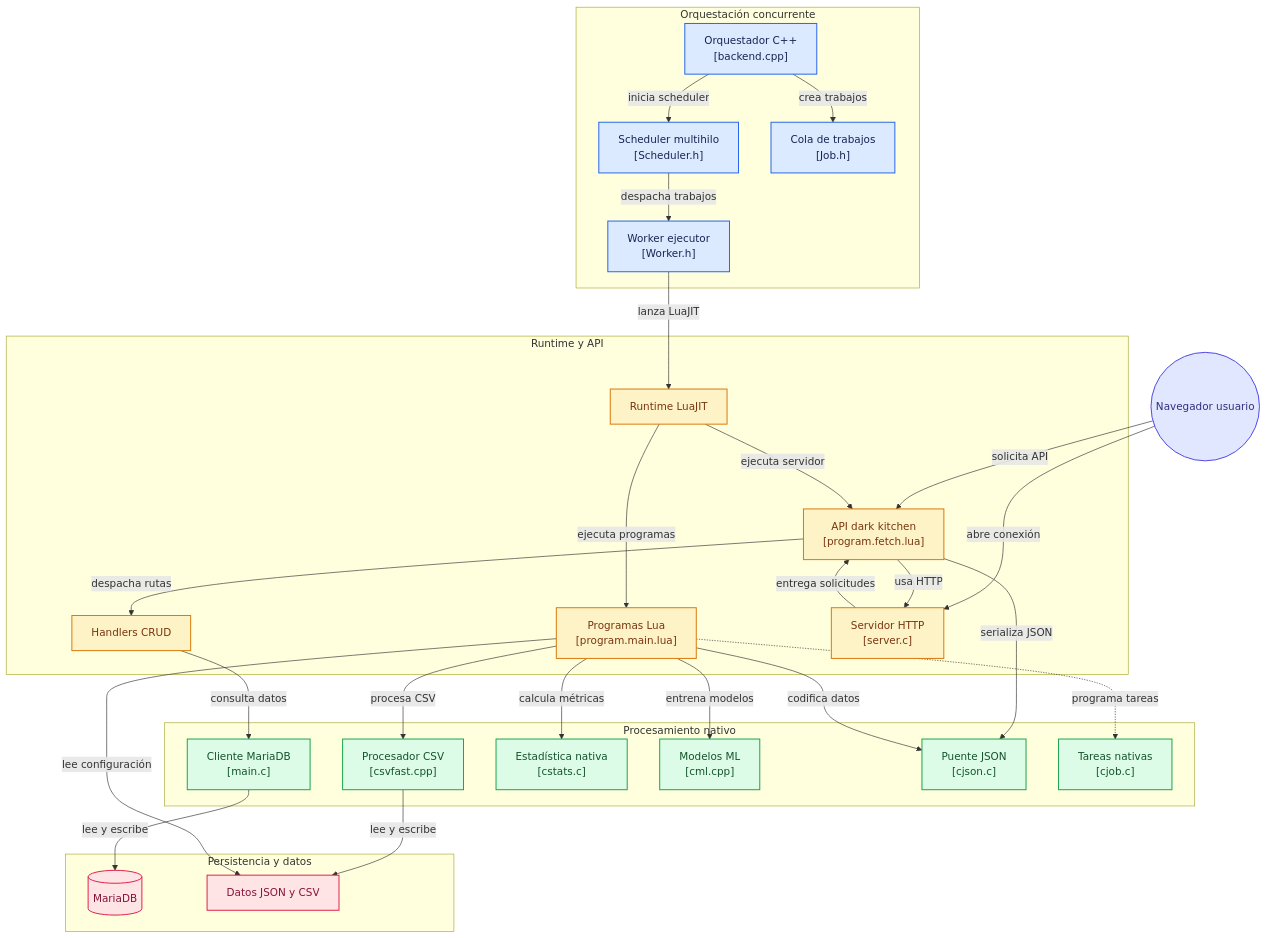
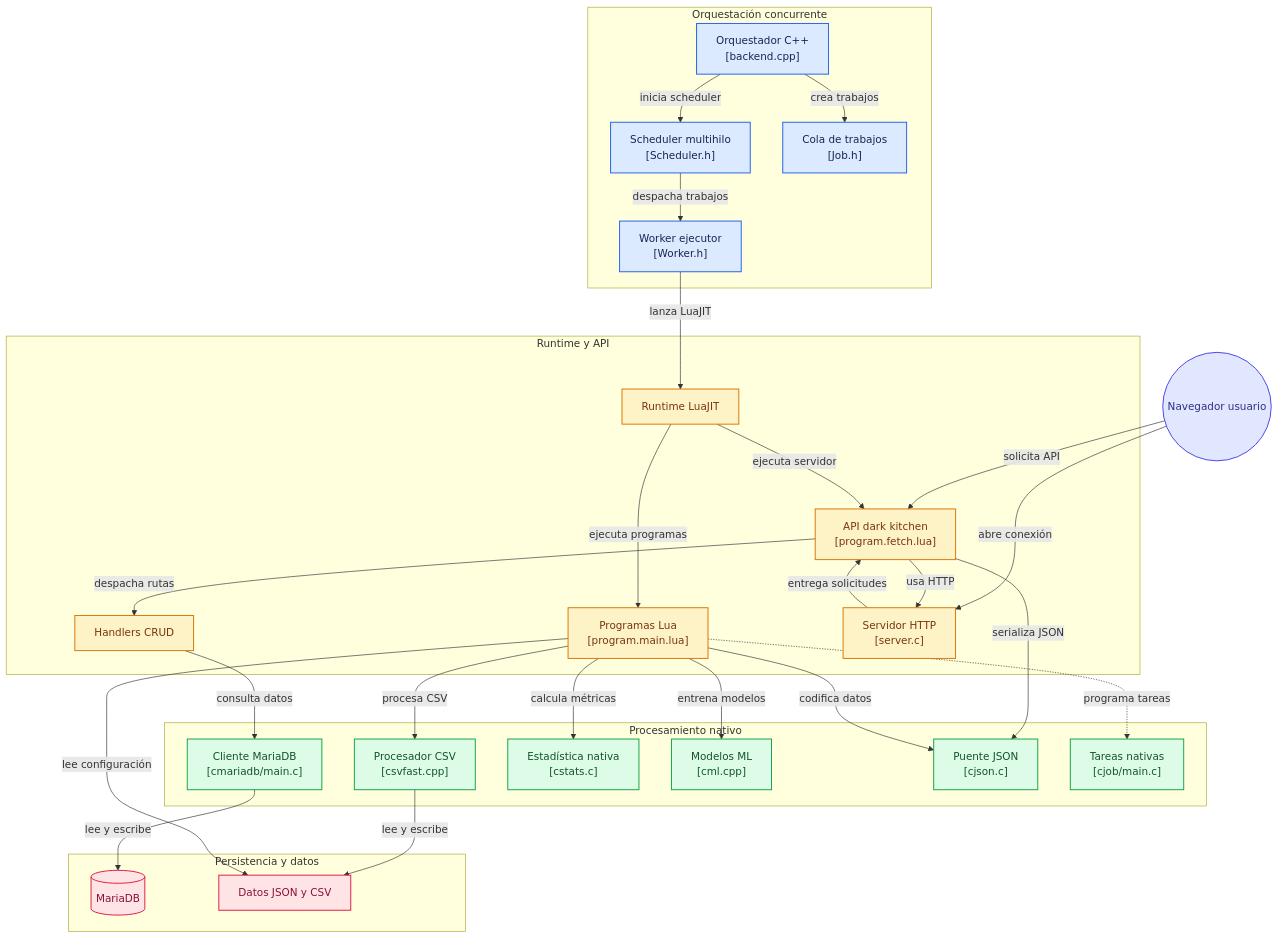
One commit to CarlosConLetraC/UniversalWare changed the diagram in README.md. Above: the diagram before and after it, drawn with Mermaid.

```diff
--- a/README.md
+++ b/README.md
@@ -59,12 +59,12 @@
 end
 
 subgraph group_native_processing["Procesamiento nativo"]
-  node_mariadb_module["Cliente MariaDB<br/>[main.c]"]
+  node_mariadb_module["Cliente MariaDB<br/>[cmariadb/main.c]"]
   node_csv_engine["Procesador CSV<br/>[csvfast.cpp]"]
   node_stats_engine["Estadística nativa<br/>[cstats.c]"]
   node_ml_engine["Modelos ML<br/>[cml.cpp]"]
   node_json_bridge["Puente JSON<br/>[cjson.c]"]
-  node_native_jobs["Tareas nativas<br/>[cjob.c]"]
+  node_native_jobs["Tareas nativas<br/>[cjob/main.c]"]
 end
 
 subgraph group_persistence["Persistencia y datos"]
```
